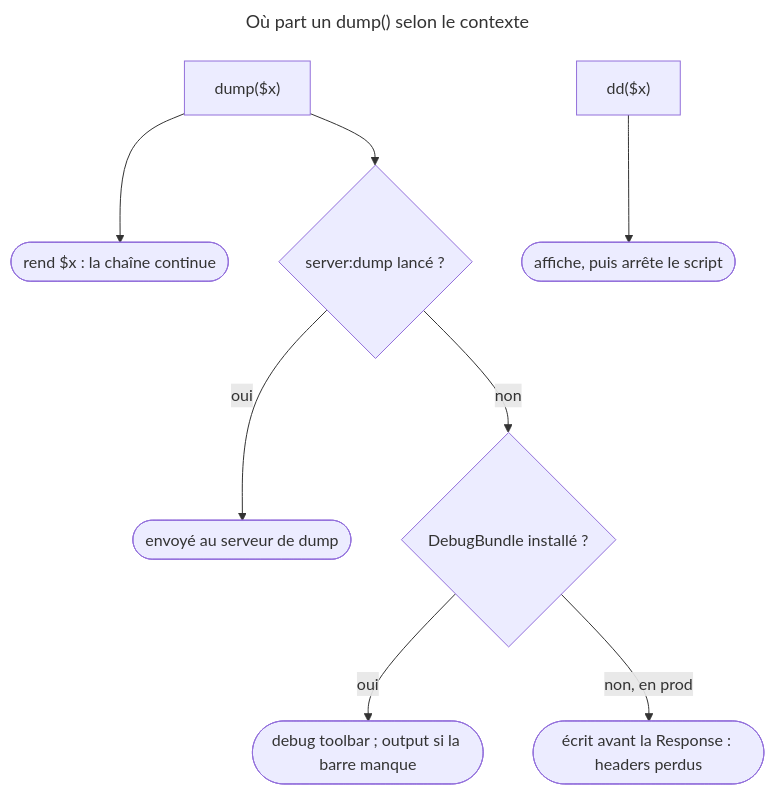
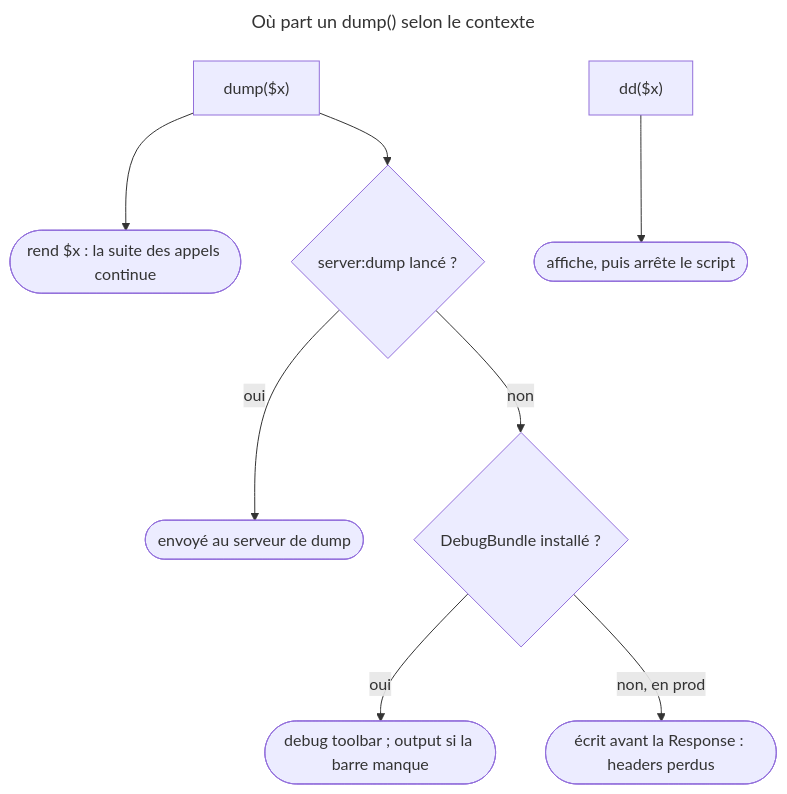
One commit to jasserYahyaoui/Symfony-8-Certification-Path changed the diagram in content/courses/CRS-wf523wdsg2xp.md. Above: the diagram before and after it, drawn with Mermaid. The commit also changed other lines of this file and 10 other files, not shown here.

````diff
--- a/content/courses/CRS-wf523wdsg2xp.md
+++ b/content/courses/CRS-wf523wdsg2xp.md
@@ -91,15 +91,15 @@
 ```mermaid
 ---
 title: Où part un dump() selon le contexte
 ---
 flowchart TD
   accTitle: La destination d'un appel à dump selon le contexte
   accDescr: dump affiche une valeur et la rend ; dd affiche puis arrête le script. Si server:dump tourne, les données lui sont envoyées. Sinon, avec DebugBundle, le dump part dans la debug toolbar, et revient sur l'output si la barre ne peut pas s'afficher. Sans DebugBundle, en production, la function existe toujours, car FrameworkBundle exige ErrorHandler qui exige VarDumper ; le dump est écrit avant la Response, dont les headers sont perdus.
-  D["dump($x)"] --> RET(["rend $x : la chaîne continue"])
+  D["dump($x)"] --> RET(["rend $x : la suite des appels continue"])
   DD["dd($x)"] --> STOP(["affiche, puis arrête le script"])
   D --> SRV{"server:dump lancé ?"}
   SRV -->|"oui"| S(["envoyé au serveur de dump"])
   SRV -->|"non"| DB{"DebugBundle installé ?"}
   DB -->|"oui"| TB(["debug toolbar ; output si la barre manque"])
   DB -->|"non, en prod"| OUT(["écrit avant la Response : headers perdus"])
 ```
````
